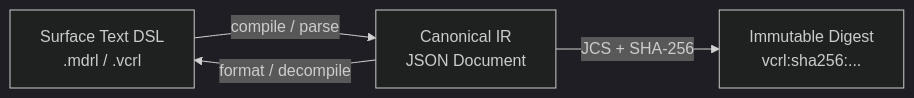
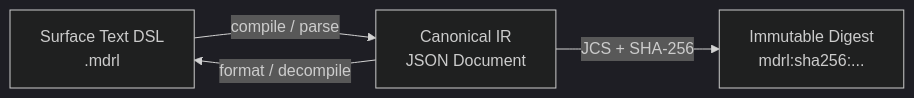
The second of 2 diagrams in 02_MDRL_언어규격/MDRL_언어레퍼런스북_v1.0.md (changkyuneun-ux/vocal_combination), drawn with Mermaid (dark theme) before and after one commit. The commit also changed other lines of this file and 62 other files, not shown here.

````diff
--- a/02_MDRL_언어규격/MDRL_언어레퍼런스북_v1.0.md
+++ b/02_MDRL_언어규격/MDRL_언어레퍼런스북_v1.0.md
@@ -85,6 +85,6 @@
 ```mermaid
 graph LR
-    A[Surface Text DSL<br/>.mdrl / .vcrl] -- compile / parse --> B[Canonical IR<br/>JSON Document]
+    A[Surface Text DSL<br/>.mdrl] -- compile / parse --> B[Canonical IR<br/>JSON Document]
     B -- format / decompile --> A
-    B -- JCS + SHA-256 --> C[Immutable Digest<br/>vcrl:sha256:...]
+    B -- JCS + SHA-256 --> C[Immutable Digest<br/>mdrl:sha256:...]
 ```
````
